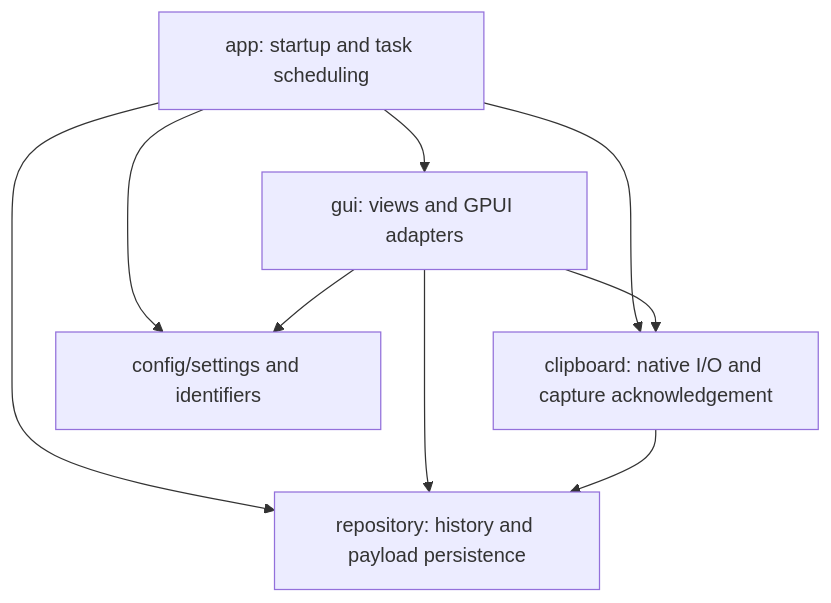
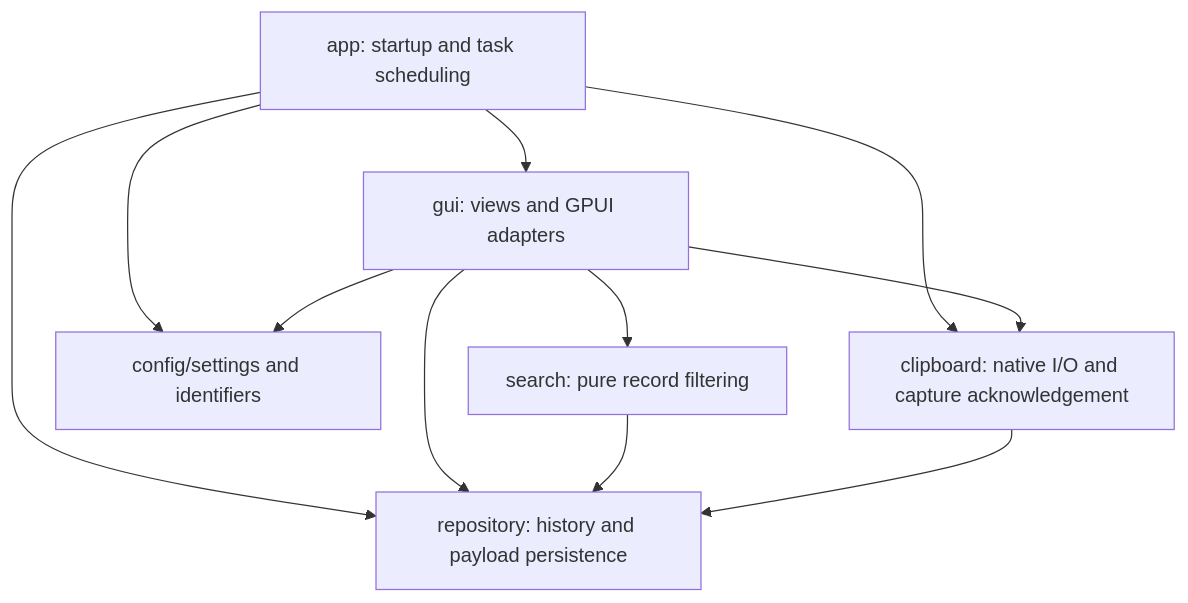
Before and after one commit to StudentWeis/ropy: the diagram in docs/ARCHITECTURE.md, drawn with Mermaid. The commit also changed other lines of this file and 13 other files, not shown here.

````diff
--- a/docs/ARCHITECTURE.md
+++ b/docs/ARCHITECTURE.md
@@ -19,11 +18,13 @@
 ```mermaid
 flowchart TD
     App[app: startup and task scheduling] --> GUI[gui: views and GPUI adapters]
     App --> Clipboard[clipboard: native I/O and capture acknowledgement]
     App --> Repository[repository: history and payload persistence]
     App --> Config[config/settings and identifiers]
     GUI --> Repository
+    GUI --> Search[search: pure record filtering]
+    Search --> Repository
     GUI --> Config
     GUI --> Clipboard
     Clipboard --> Repository
 ```
````
